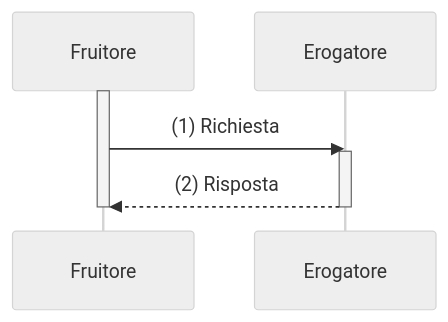
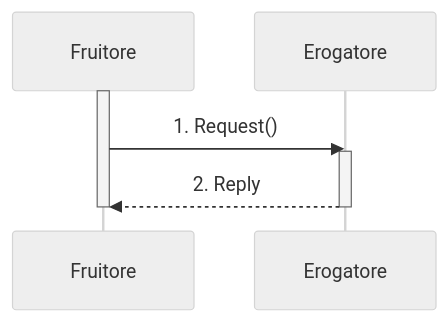
The third of 4 diagrams in doc/doc_04/autenticazione-del-soggetto-richiedente.rst (italia/lg-modellointeroperabilita-docs), drawn with Mermaid (neutral theme) before and after one commit. The commit also changed other lines of this file and 6 other files, not shown here.

Commit message:
Fix sequence diagram

```diff
--- a/doc/doc_04/autenticazione-del-soggetto-richiedente.rst
+++ b/doc/doc_04/autenticazione-del-soggetto-richiedente.rst
@@ -524,13 +524,13 @@
 .. mermaid::
    :caption: Autenticazione del Fruitore
    :alt: Autenticazione del Fruitore
 
    sequenceDiagram
       participant F as Fruitore
       participant E as Erogatore
       activate F
-      F->>E: (1) Richiesta
+      F->>E: 1. Request()
       activate E
-      E-->>F: (2) Risposta
+      E-->>F: 2. Reply
       deactivate E
       deactivate F
```
